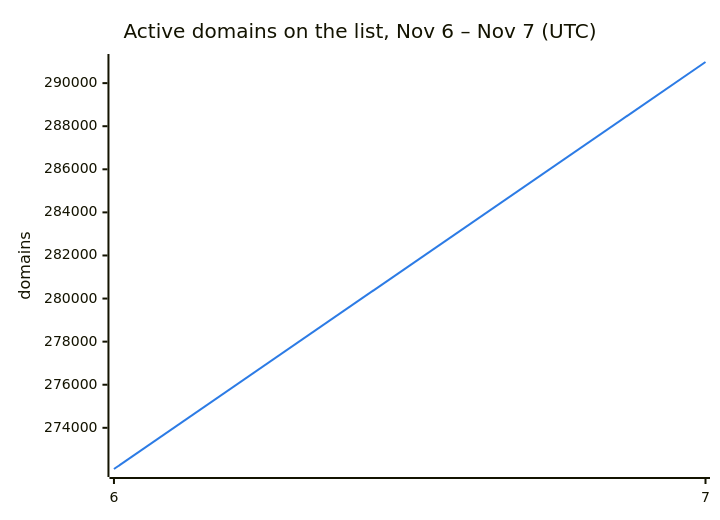
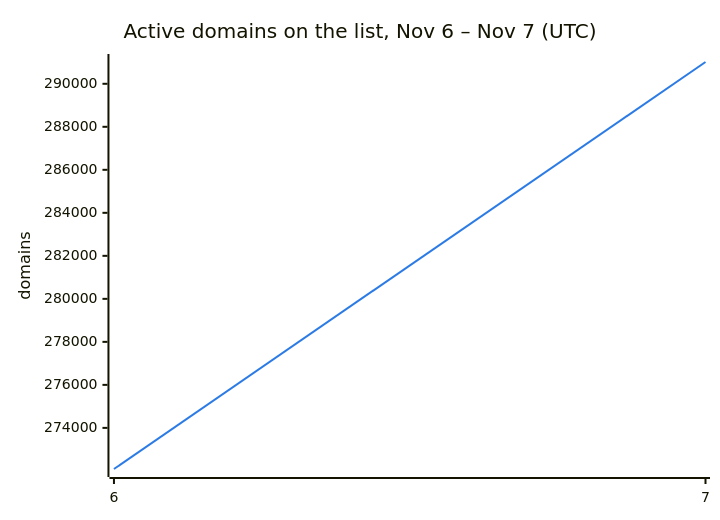
Before and after one commit to DNSBunker/CTI: the second of 3 diagrams in README.md, drawn with Mermaid. The commit also changed other lines of this file and 3 other files, not shown here.

````diff
--- a/README.md
+++ b/README.md
@@ -38,8 +38,8 @@
 ```mermaid
 %%{init: {"themeVariables": {"xyChart": {"plotColorPalette": "#2c7be5"}}}}%%
 xychart-beta
     title "Active domains on the list, Nov 6 – Nov 7 (UTC)"
     x-axis ["6", "7"]
     y-axis "domains"
-    line [272088, 290981]
+    line [272088, 291013]
 ```
````
